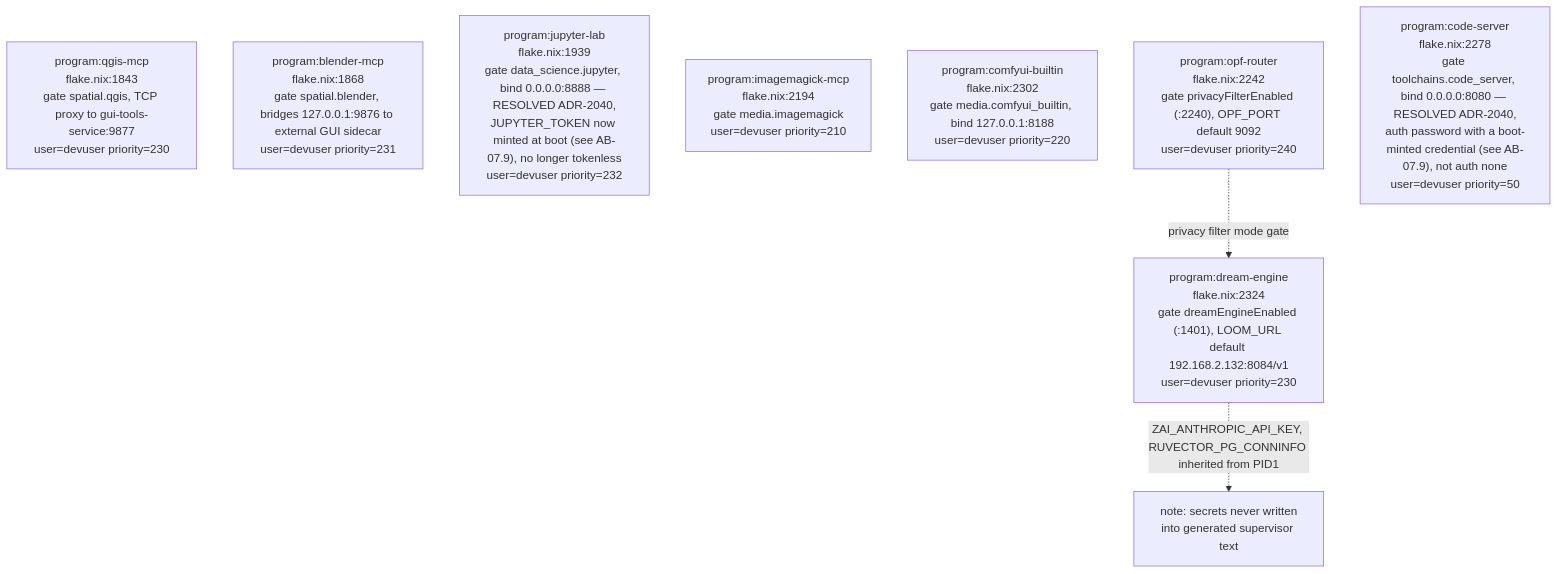
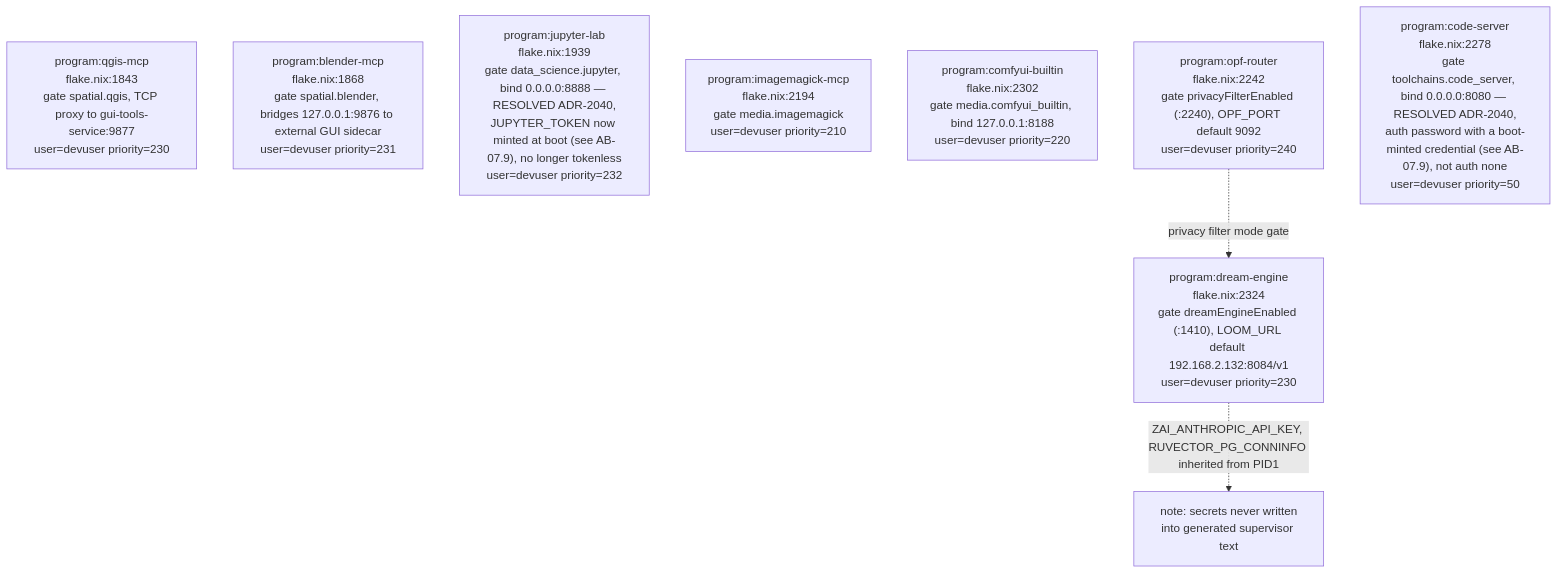
The sixth of 21 diagrams in docs/diagrams/agentbox/02-boot-sequence-and-readiness.md (DreamLab-AI/VisionFlow), drawn with Mermaid before and after one commit. The commit also changed other lines of this file and 51 other files, not shown here.

First line of the commit message:
docs(diagrams): agentbox AB-01..13 re-attested anchor by anchor (980 anchors, 22 defects); checkpoint against an out-of-mesh writer

````diff
--- a/docs/diagrams/agentbox/02-boot-sequence-and-readiness.md
+++ b/docs/diagrams/agentbox/02-boot-sequence-and-readiness.md
@@ -225,14 +225,14 @@
 ```mermaid
 flowchart TB
     QGIS["program:qgis-mcp<br/>flake.nix:1843<br/>gate spatial.qgis, TCP proxy to gui-tools-service:9877<br/>user=devuser priority=230"]
     BLEND["program:blender-mcp<br/>flake.nix:1868<br/>gate spatial.blender, bridges 127.0.0.1:9876 to external GUI sidecar<br/>user=devuser priority=231"]
     JLAB["program:jupyter-lab<br/>flake.nix:1939<br/>gate data_science.jupyter, bind 0.0.0.0:8888 — RESOLVED ADR-2040,<br/>JUPYTER_TOKEN now minted at boot (see AB-07.9), no longer tokenless<br/>user=devuser priority=232"]
     IMGM["program:imagemagick-mcp<br/>flake.nix:2194<br/>gate media.imagemagick<br/>user=devuser priority=210"]
     COMFY["program:comfyui-builtin<br/>flake.nix:2302<br/>gate media.comfyui_builtin, bind 127.0.0.1:8188<br/>user=devuser priority=220"]
     OPF["program:opf-router<br/>flake.nix:2242<br/>gate privacyFilterEnabled (:2240), OPF_PORT default 9092<br/>user=devuser priority=240"]
-    DREAM["program:dream-engine<br/>flake.nix:2324<br/>gate dreamEngineEnabled (:1401), LOOM_URL default 192.168.2.132:8084/v1<br/>user=devuser priority=230"]
+    DREAM["program:dream-engine<br/>flake.nix:2324<br/>gate dreamEngineEnabled (:1410), LOOM_URL default 192.168.2.132:8084/v1<br/>user=devuser priority=230"]
     CODES["program:code-server<br/>flake.nix:2278<br/>gate toolchains.code_server, bind 0.0.0.0:8080 — RESOLVED ADR-2040,<br/>auth password with a boot-minted credential (see AB-07.9), not auth none<br/>user=devuser priority=50"]
 
     OPF -.->|"privacy filter mode gate"| DREAM
     DREAM -.->|"ZAI_ANTHROPIC_API_KEY, RUVECTOR_PG_CONNINFO inherited from PID1"| RVNOTE["note: secrets never written<br/>into generated supervisor text"]
 ```
````
